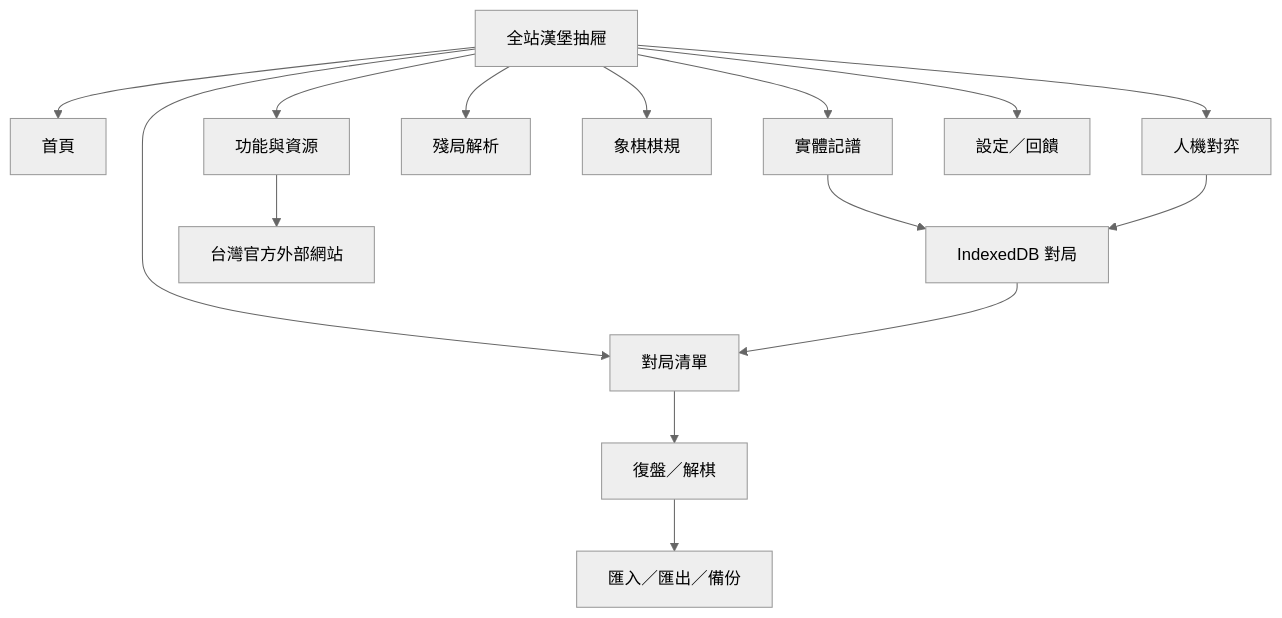
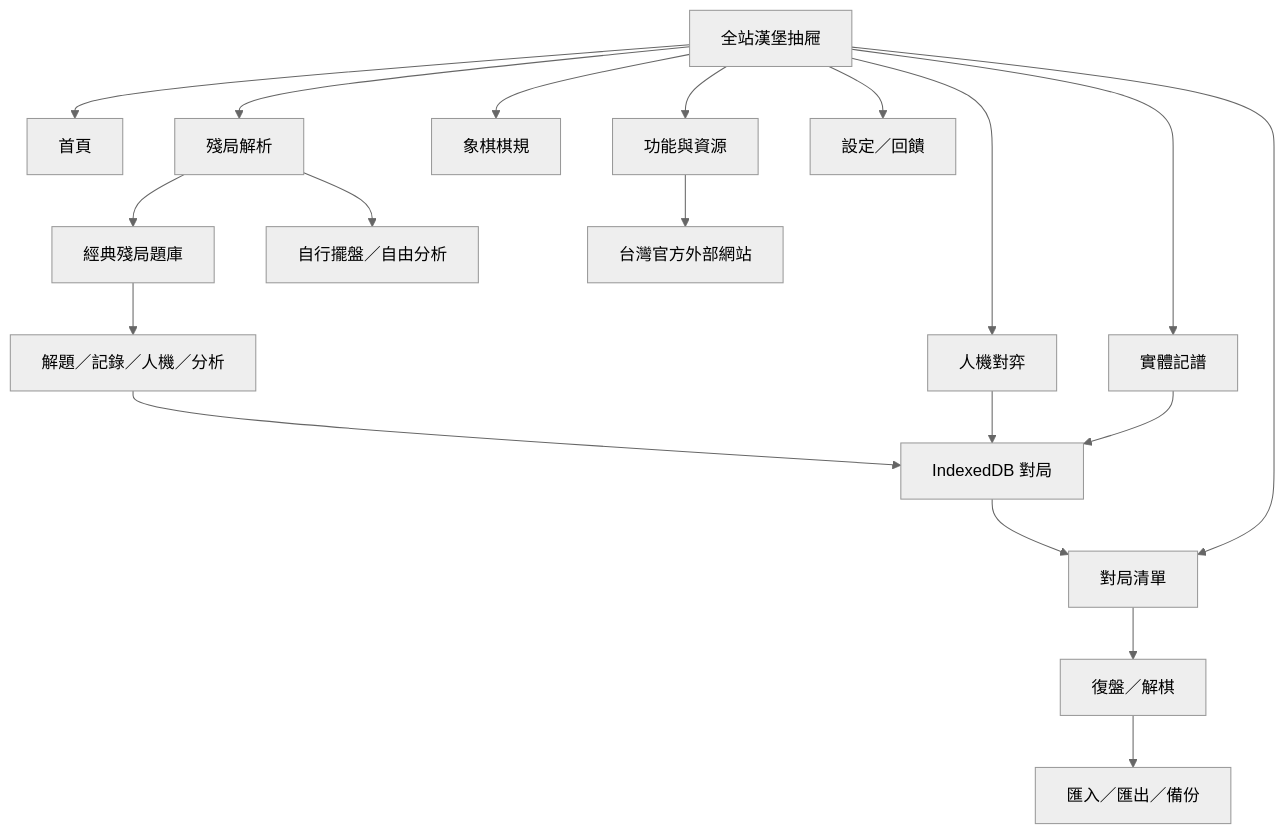
The first of 2 diagrams in docs/SDD.md (wcoatp/xiangqi-recorder), drawn with Mermaid (neutral theme) before and after one commit. The commit also changed other lines of this file and 32 other files, not shown here.

Commit message:
feat: add classic endgame library and practice flows

````diff
--- a/docs/SDD.md
+++ b/docs/SDD.md
@@ -121,17 +123,21 @@
 ```mermaid
 flowchart TD
   M["全站漢堡抽屜"] --> H["首頁"]
   M --> R["實體記譜"]
   M --> P["人機對弈"]
   M --> G["對局清單"]
   M --> E["殘局解析"]
   M --> Q["象棋棋規"]
   M --> U["功能與資源"]
   M --> S["設定／回饋"]
   R --> DB["IndexedDB 對局"]
   P --> DB
   G --> V["復盤／解棋"]
   DB --> G
   V --> X["匯入／匯出／備份"]
+  E --> L["經典殘局題庫"]
+  E --> A["自行擺盤／自由分析"]
+  L --> K["解題／記錄／人機／分析"]
+  K --> DB
   U --> O["台灣官方外部網站"]
 ```
````
